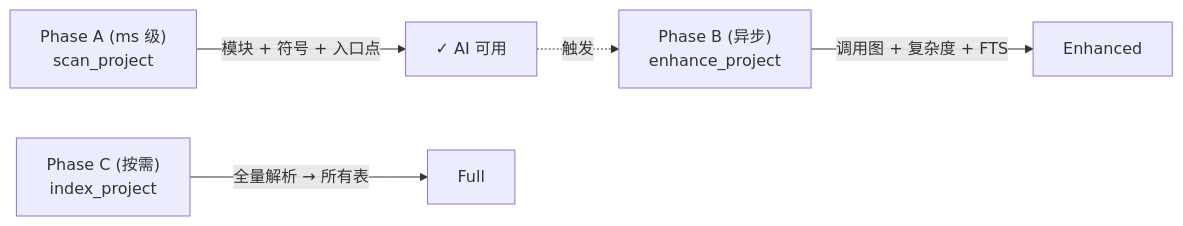
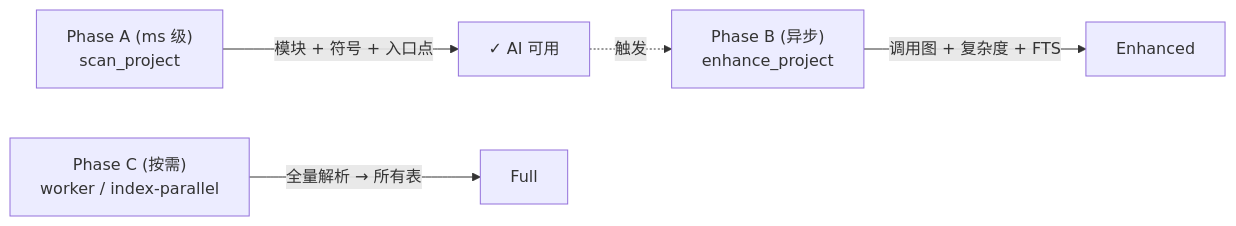
The second of 2 diagrams in docs/zh/skills.md (Timwood0x10/CodeScope), drawn with Mermaid before and after one commit. The commit also changed other lines of this file and 10 other files, not shown here.

````diff
--- a/docs/zh/skills.md
+++ b/docs/zh/skills.md
@@ -106,7 +107,7 @@
 ```mermaid
 flowchart LR
     PA["Phase A (ms 级)<br/>scan_project"] -->|"模块 + 符号 + 入口点"| Ready["✓ AI 可用"]
     PB["Phase B (异步)<br/>enhance_project"] -->|"调用图 + 复杂度 + FTS"| Enhanced
-    PC["Phase C (按需)<br/>index_project"] -->|"全量解析 → 所有表"| Full
+    PC["Phase C (按需)<br/>worker / index-parallel"] -->|"全量解析 → 所有表"| Full
     Ready -.->|触发| PB
 ```
````
